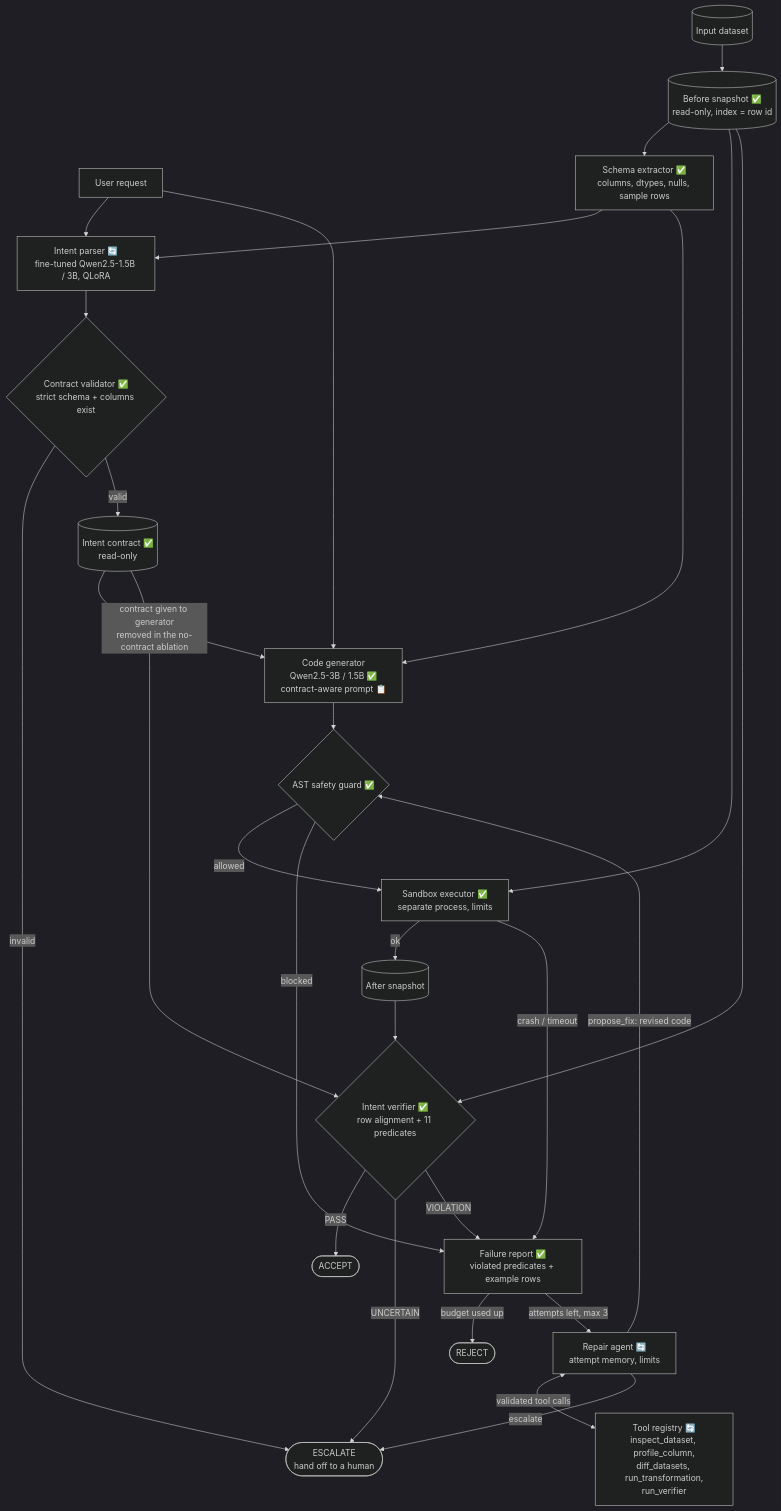
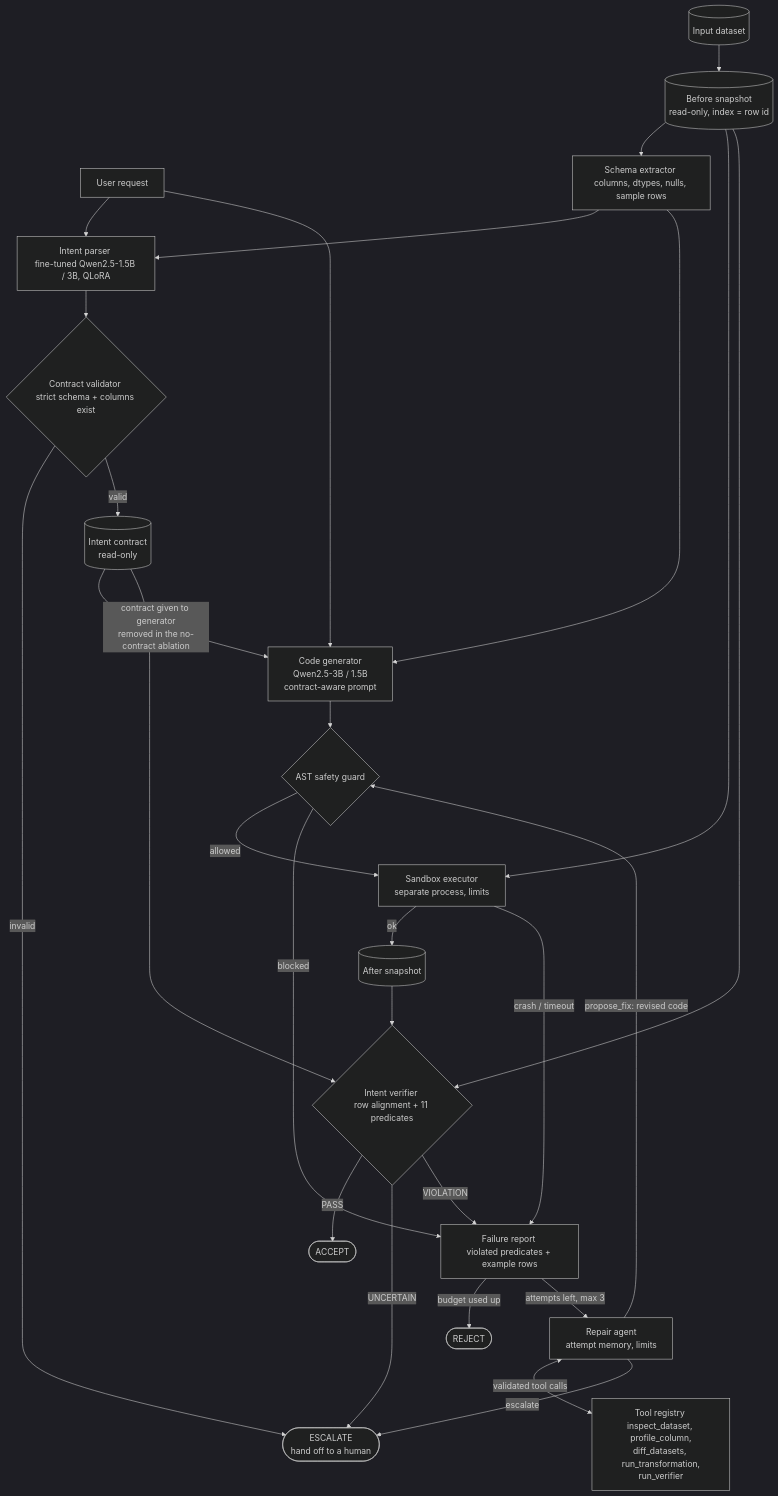
One commit to srinivas0307/lma-group-project changed the fifth of 5 diagrams in docs/mid_submission_report.md. Above: the diagram before and after it, drawn with Mermaid (dark theme). The commit also changed other lines of this file and 32 other files, not shown here.

````diff
--- a/docs/mid_submission_report.md
+++ b/docs/mid_submission_report.md
@@ -813,39 +710,39 @@
 ```mermaid
 flowchart TD
     U[User request]
     D[(Input dataset)]
 
-    D --> BEF[(Before snapshot ✅<br/>read-only, index = row id)]
-    BEF --> SCH[Schema extractor ✅<br/>columns, dtypes, nulls, sample rows]
+    D --> BEF[(Before snapshot <br/>read-only, index = row id)]
+    BEF --> SCH[Schema extractor <br/>columns, dtypes, nulls, sample rows]
 
-    U --> P[Intent parser 🔄<br/>fine-tuned Qwen2.5-1.5B / 3B, QLoRA]
+    U --> P[Intent parser <br/>fine-tuned Qwen2.5-1.5B / 3B, QLoRA]
     SCH --> P
-    P --> CV{Contract validator ✅<br/>strict schema + columns exist}
+    P --> CV{Contract validator <br/>strict schema + columns exist}
     CV -->|invalid| ESC
-    CV -->|valid| C[(Intent contract ✅<br/>read-only)]
+    CV -->|valid| C[(Intent contract <br/>read-only)]
 
-    U --> G[Code generator<br/>Qwen2.5-3B / 1.5B ✅<br/>contract-aware prompt 📋]
+    U --> G[Code generator<br/>Qwen2.5-3B / 1.5B <br/>contract-aware prompt ]
     SCH --> G
     C -->|contract given to generator<br/>removed in the no-contract ablation| G
 
-    G --> SC{AST safety guard ✅}
-    SC -->|allowed| SB[Sandbox executor ✅<br/>separate process, limits]
+    G --> SC{AST safety guard }
+    SC -->|allowed| SB[Sandbox executor <br/>separate process, limits]
     BEF --> SB
     SB -->|ok| AFT[(After snapshot)]
 
     BEF --> V
-    AFT --> V{Intent verifier ✅<br/>row alignment + 11 predicates}
+    AFT --> V{Intent verifier <br/>row alignment + 11 predicates}
     C --> V
 
     SC -->|blocked| FR
     SB -->|crash / timeout| FR
     V -->|PASS| ACC([ACCEPT])
     V -->|UNCERTAIN| ESC([ESCALATE<br/>hand off to a human])
-    V -->|VIOLATION| FR[Failure report ✅<br/>violated predicates + example rows]
+    V -->|VIOLATION| FR[Failure report <br/>violated predicates + example rows]
 
     FR -->|budget used up| REJ([REJECT])
-    FR -->|attempts left, max 3| RA[Repair agent 🔄<br/>attempt memory, limits]
-    RA <-->|validated tool calls| TR[Tool registry 🔄<br/>inspect_dataset, profile_column,<br/>diff_datasets, run_transformation,<br/>run_verifier]
+    FR -->|attempts left, max 3| RA[Repair agent <br/>attempt memory, limits]
+    RA <-->|validated tool calls| TR[Tool registry <br/>inspect_dataset, profile_column,<br/>diff_datasets, run_transformation,<br/>run_verifier]
     RA -->|propose_fix: revised code| SC
     RA -->|escalate| ESC
 ```
````
